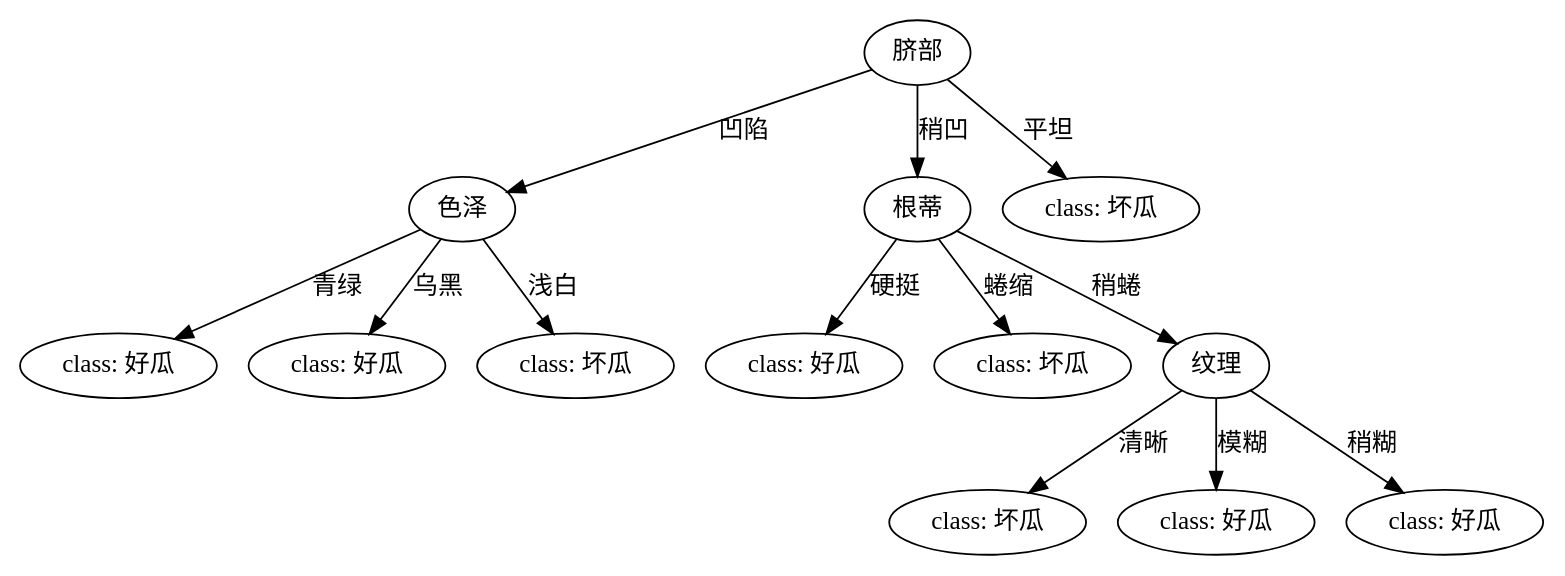
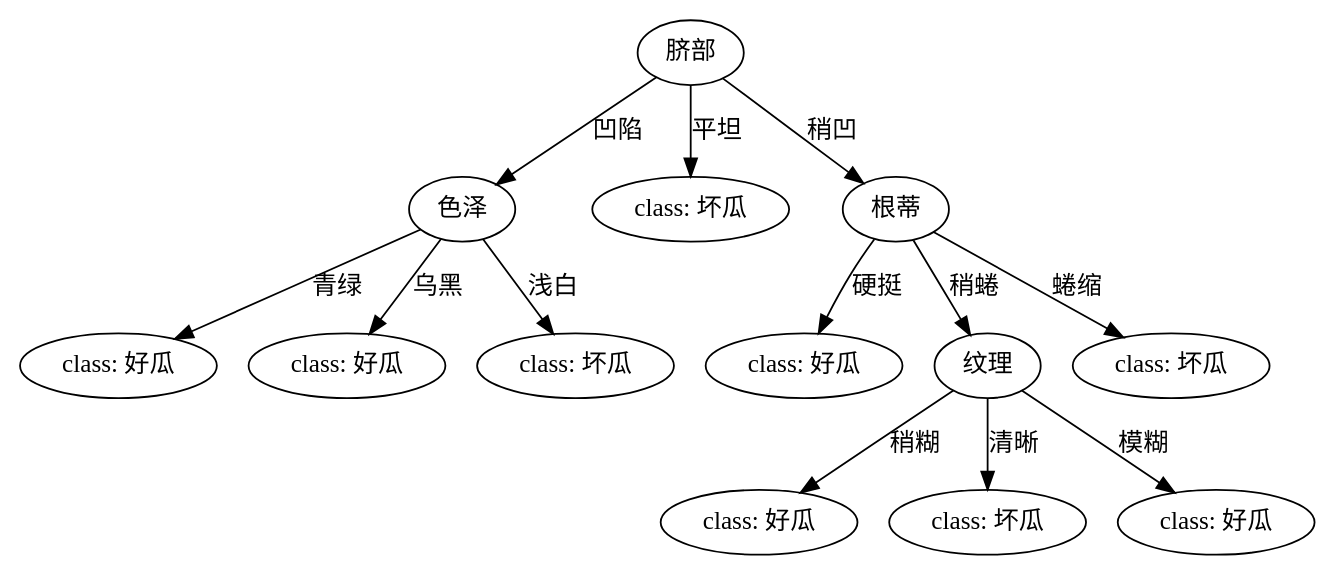
One commit to 11D-Beyonder/Machine-Learning-Coursework changed the diagram in decision_tree/submit/image/limit_MaxDepth-Gain-watermelon2.0.gv. Above: the diagram before and after it, drawn with Graphviz. The commit also changed 111 other files, not shown here.

```diff
--- a/decision_tree/submit/image/limit_MaxDepth-Gain-watermelon2.0.gv
+++ b/decision_tree/submit/image/limit_MaxDepth-Gain-watermelon2.0.gv
@@ -1,27 +1,27 @@
 digraph {
 	1 [label="脐部" fontname="Microsoft YaHei"]
 	1 -> 2 [label="凹陷" fontname="Microsoft YaHei"]
 	2 [label="色泽" fontname="Microsoft YaHei"]
 	2 -> 5 [label="青绿" fontname="Microsoft YaHei"]
 	5 [label="class: 好瓜" fontname="Microsoft YaHei"]
 	2 -> 6 [label="乌黑" fontname="Microsoft YaHei"]
 	6 [label="class: 好瓜" fontname="Microsoft YaHei"]
 	2 -> 7 [label="浅白" fontname="Microsoft YaHei"]
 	7 [label="class: 坏瓜" fontname="Microsoft YaHei"]
-	1 -> 3 [label="稍凹" fontname="Microsoft YaHei"]
-	3 [label="根蒂" fontname="Microsoft YaHei"]
-	3 -> 8 [label="硬挺" fontname="Microsoft YaHei"]
+	1 -> 3 [label="平坦" fontname="Microsoft YaHei"]
+	3 [label="class: 坏瓜" fontname="Microsoft YaHei"]
+	1 -> 4 [label="稍凹" fontname="Microsoft YaHei"]
+	4 [label="根蒂" fontname="Microsoft YaHei"]
+	4 -> 8 [label="硬挺" fontname="Microsoft YaHei"]
 	8 [label="class: 好瓜" fontname="Microsoft YaHei"]
-	3 -> 9 [label="蜷缩" fontname="Microsoft YaHei"]
-	9 [label="class: 坏瓜" fontname="Microsoft YaHei"]
-	3 -> 10 [label="稍蜷" fontname="Microsoft YaHei"]
-	10 [label="纹理" fontname="Microsoft YaHei"]
-	10 -> 11 [label="清晰" fontname="Microsoft YaHei"]
-	11 [label="class: 坏瓜" fontname="Microsoft YaHei"]
-	10 -> 12 [label="模糊" fontname="Microsoft YaHei"]
-	12 [label="class: 好瓜" fontname="Microsoft YaHei"]
-	10 -> 13 [label="稍糊" fontname="Microsoft YaHei"]
+	4 -> 9 [label="稍蜷" fontname="Microsoft YaHei"]
+	9 [label="纹理" fontname="Microsoft YaHei"]
+	9 -> 11 [label="稍糊" fontname="Microsoft YaHei"]
+	11 [label="class: 好瓜" fontname="Microsoft YaHei"]
+	9 -> 12 [label="清晰" fontname="Microsoft YaHei"]
+	12 [label="class: 坏瓜" fontname="Microsoft YaHei"]
+	9 -> 13 [label="模糊" fontname="Microsoft YaHei"]
 	13 [label="class: 好瓜" fontname="Microsoft YaHei"]
-	1 -> 4 [label="平坦" fontname="Microsoft YaHei"]
-	4 [label="class: 坏瓜" fontname="Microsoft YaHei"]
+	4 -> 10 [label="蜷缩" fontname="Microsoft YaHei"]
+	10 [label="class: 坏瓜" fontname="Microsoft YaHei"]
 }
```
